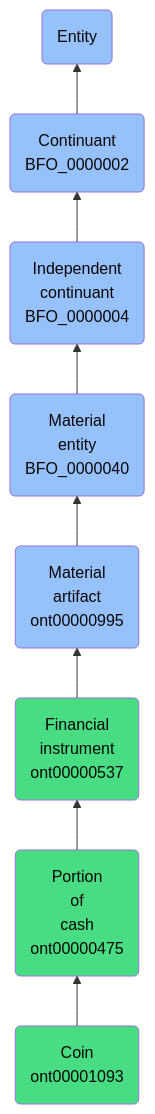
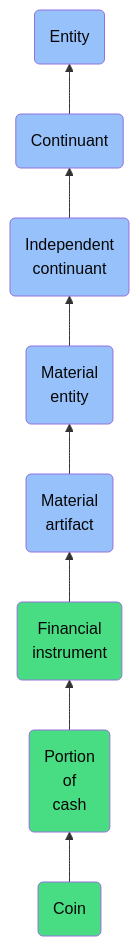
Before and after one commit to jupyter-naas/abi: the diagram in docs/ontology/reference/model/Entity/Continuant/Independent continuant/Material entity/Material artifact/Financial instrument/Portion of cash/Coin/Coin.md, drawn with Mermaid. The commit also changed other lines of this file and 1430 other files, not shown here.

````diff
--- a/docs/ontology/reference/model/Entity/Continuant/Independent continuant/Material entity/Material artifact/Financial instrument/Portion of cash/Coin/Coin.md
+++ b/docs/ontology/reference/model/Entity/Continuant/Independent continuant/Material entity/Material artifact/Financial instrument/Portion of cash/Coin/Coin.md
@@ -24,15 +24,15 @@
 ```mermaid
 graph BT
-    ont00001093(Coin<br>ont00001093):::ABI-->ont00000475
-    ont00000475(Portion<br>of<br>cash<br>ont00000475):::ABI-->ont00000537
-    ont00000537(Financial<br>instrument<br>ont00000537):::ABI-->ont00000995
-    ont00000995(Material<br>artifact<br>ont00000995):::BFO-->BFO_0000040
-    BFO_0000040(Material<br>entity<br>BFO_0000040):::BFO-->BFO_0000004
-    BFO_0000004(Independent<br>continuant<br>BFO_0000004):::BFO-->BFO_0000002
-    BFO_0000002(Continuant<br>BFO_0000002):::BFO-->BFO_0000001
+    ont00001093(Coin):::ABI-->ont00000475
+    ont00000475(Portion<br>of<br>cash):::ABI-->ont00000537
+    ont00000537(Financial<br>instrument):::ABI-->ont00000995
+    ont00000995(Material<br>artifact):::BFO-->BFO_0000040
+    BFO_0000040(Material<br>entity):::BFO-->BFO_0000004
+    BFO_0000004(Independent<br>continuant):::BFO-->BFO_0000002
+    BFO_0000002(Continuant):::BFO-->BFO_0000001
     BFO_0000001(Entity):::BFO
     
     classDef BFO fill:#97c1fb,color:#060606
     classDef CCO fill:#e4c51e,color:#060606
     classDef ABI fill:#48DD82,color:#060606
 ```
````
